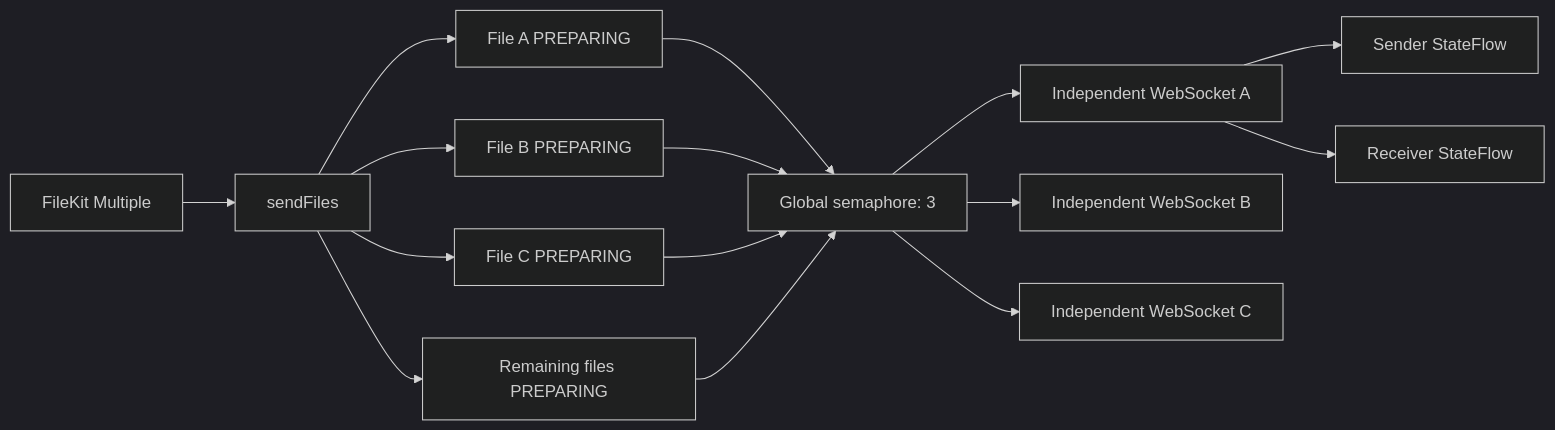
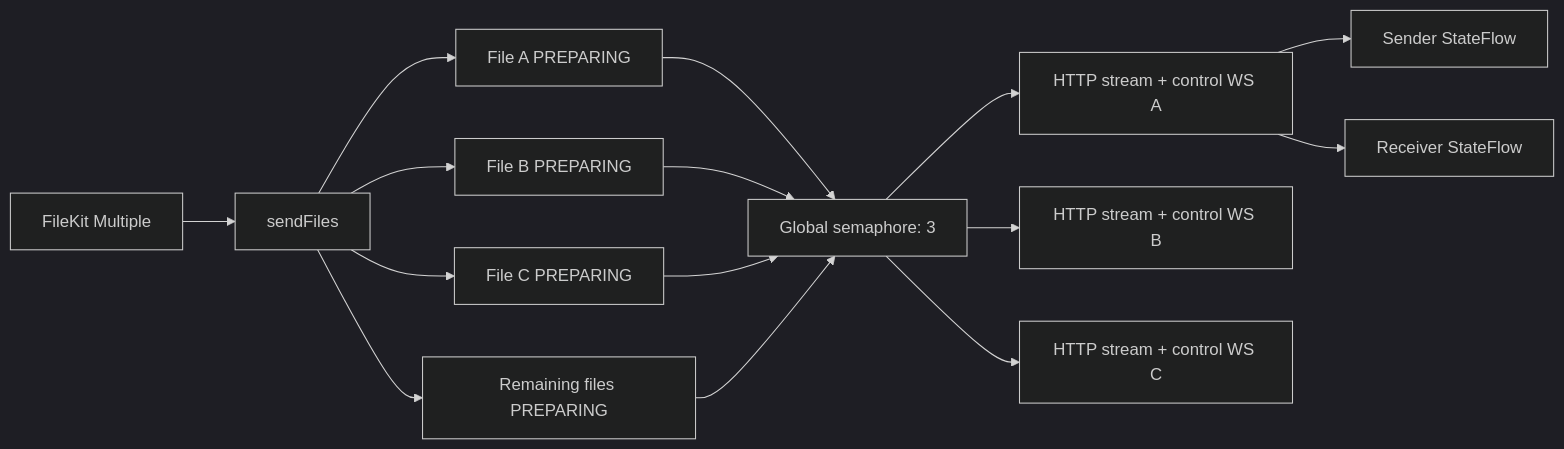
The diagram in docs/spec/parallel-file-transfer-v1.md (x2ink/subnetdrop), drawn with Mermaid (dark theme) before and after one commit. The commit also changed other lines of this file and 18 other files, not shown here.

````diff
--- a/docs/spec/parallel-file-transfer-v1.md
+++ b/docs/spec/parallel-file-transfer-v1.md
@@ -33,17 +34,17 @@
 ```mermaid
 flowchart LR
     Pick[FileKit Multiple] --> Batch[sendFiles]
     Batch --> A[File A PREPARING]
     Batch --> B[File B PREPARING]
     Batch --> C[File C PREPARING]
     Batch --> D[Remaining files PREPARING]
     A --> Slots[Global semaphore: 3]
     B --> Slots
     C --> Slots
     D --> Slots
-    Slots --> WA[Independent WebSocket A]
-    Slots --> WB[Independent WebSocket B]
-    Slots --> WC[Independent WebSocket C]
+    Slots --> WA[HTTP stream + control WS A]
+    Slots --> WB[HTTP stream + control WS B]
+    Slots --> WC[HTTP stream + control WS C]
     WA --> Sender[Sender StateFlow]
     WA --> Receiver[Receiver StateFlow]
 ```
````
